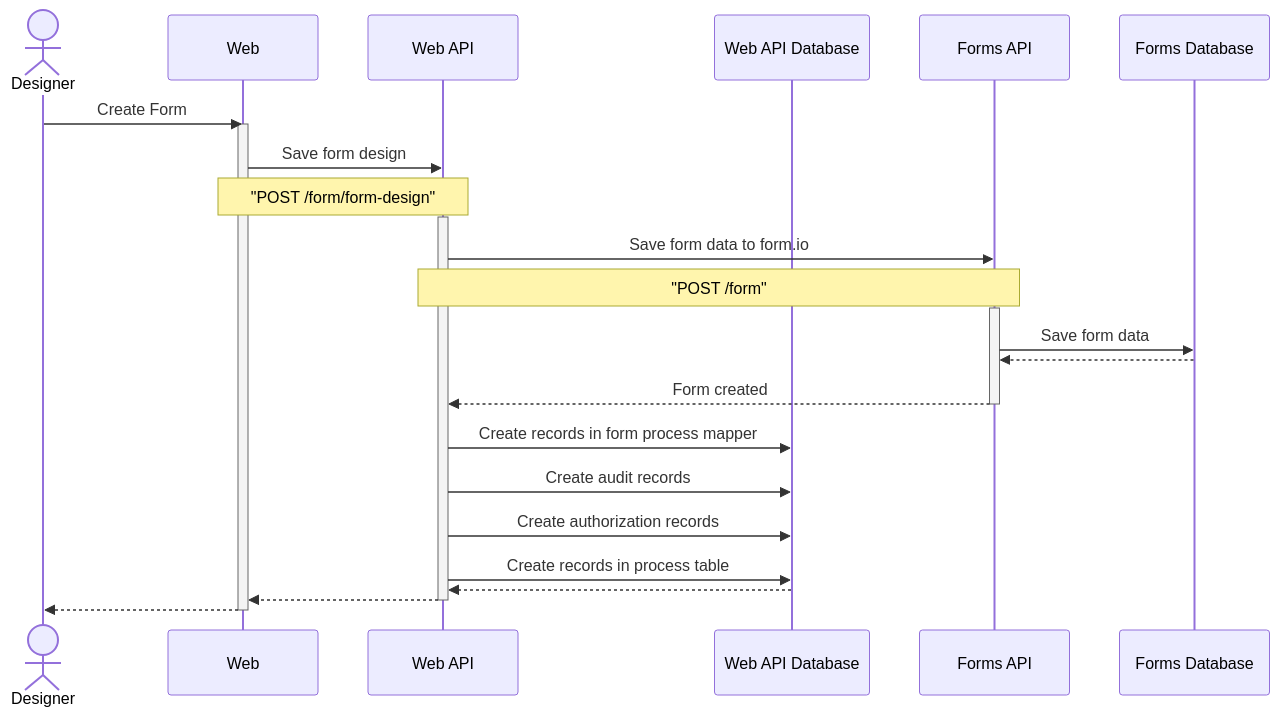
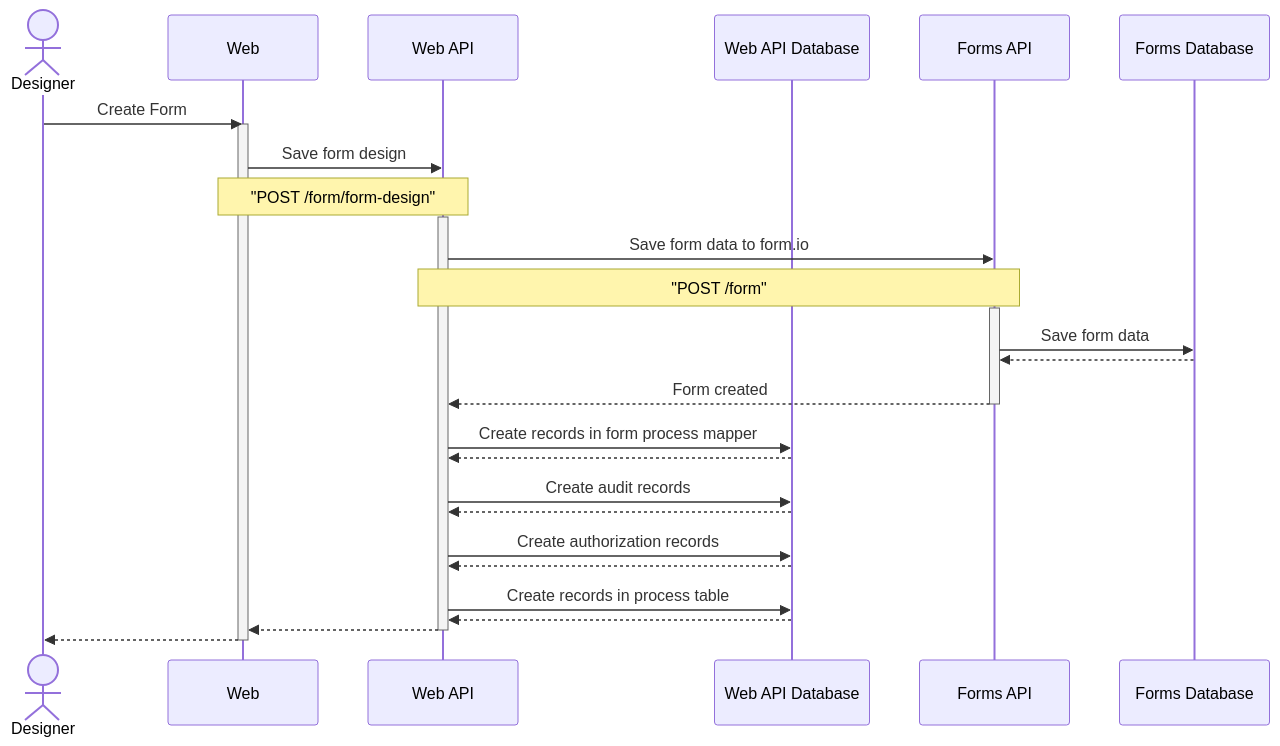
Before and after one commit to AOT-Technologies/forms-flow-ai: the diagram in docs/sequence-diagrams/designer-flow.md, drawn with Mermaid. The commit also changed 1 other file, not shown here.

Commit message:
FWF-5357: [refactor] Update sequence diagrams based on PR agent suggestions

````diff
--- a/docs/sequence-diagrams/designer-flow.md
+++ b/docs/sequence-diagrams/designer-flow.md
@@ -5,34 +5,37 @@
 ```mermaid
 sequenceDiagram
     actor Designer as Designer
     participant web as Web
     participant web-api as Web API
     participant web-api-db as Web API Database
     participant forms-api as Forms API
     participant forms-db as Forms Database
 
     Designer ->> web: Create Form
     activate web
     web ->> web-api: Save form design
     Note over web,web-api: "POST /form/form-design"
     activate web-api
     web-api ->> forms-api: Save form data to form.io
     Note over web-api,forms-api: "POST /form"
     activate forms-api
     forms-api->>forms-db: Save form data
     forms-db-->>forms-api: 
     forms-api -->> web-api: Form created
     deactivate forms-api
     web-api ->> web-api-db: Create records in form process mapper
+    web-api-db -->> web-api:
     web-api ->> web-api-db: Create audit records
+    web-api-db -->> web-api:
     web-api ->> web-api-db: Create authorization records
+    web-api-db -->> web-api:
     web-api ->> web-api-db: Create records in process table
-    web-api-db -->> web-api : 
+    web-api-db -->> web-api:
     web-api -->> web : 
     deactivate web-api
     web -->> Designer : 
     deactivate web
 
 
 
 ```
````
